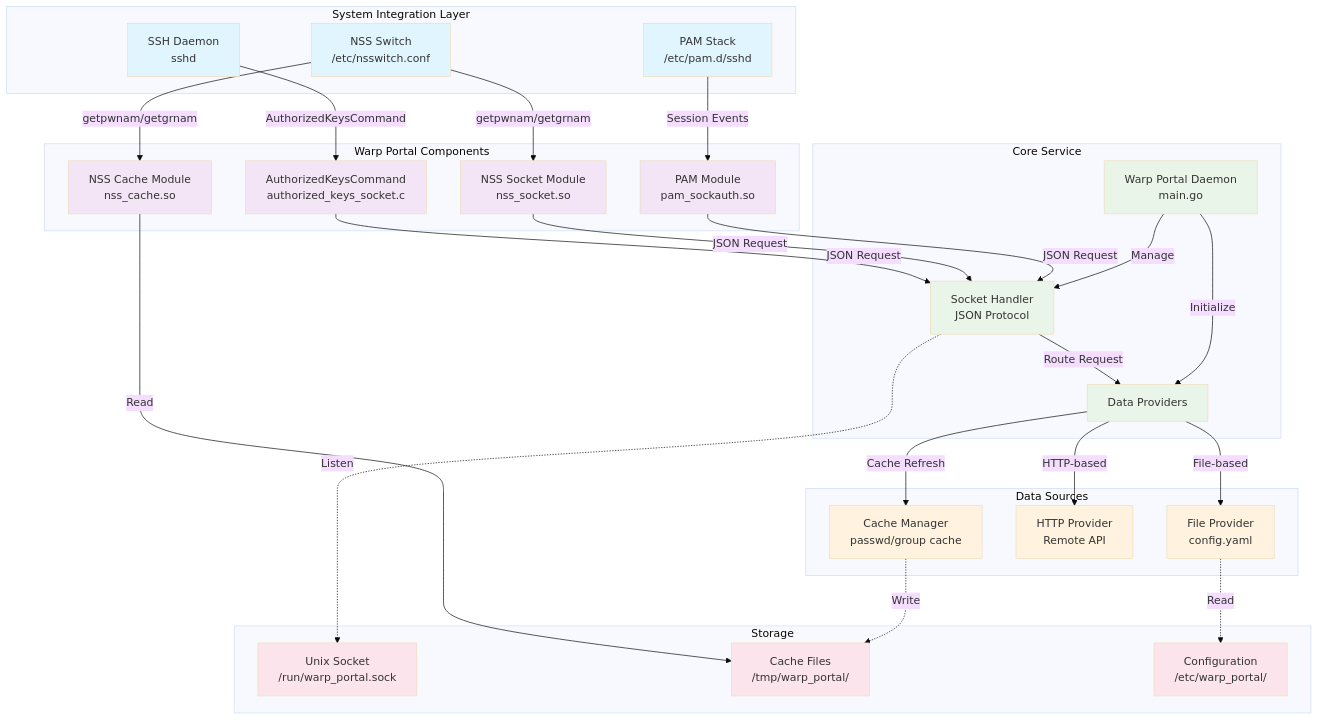
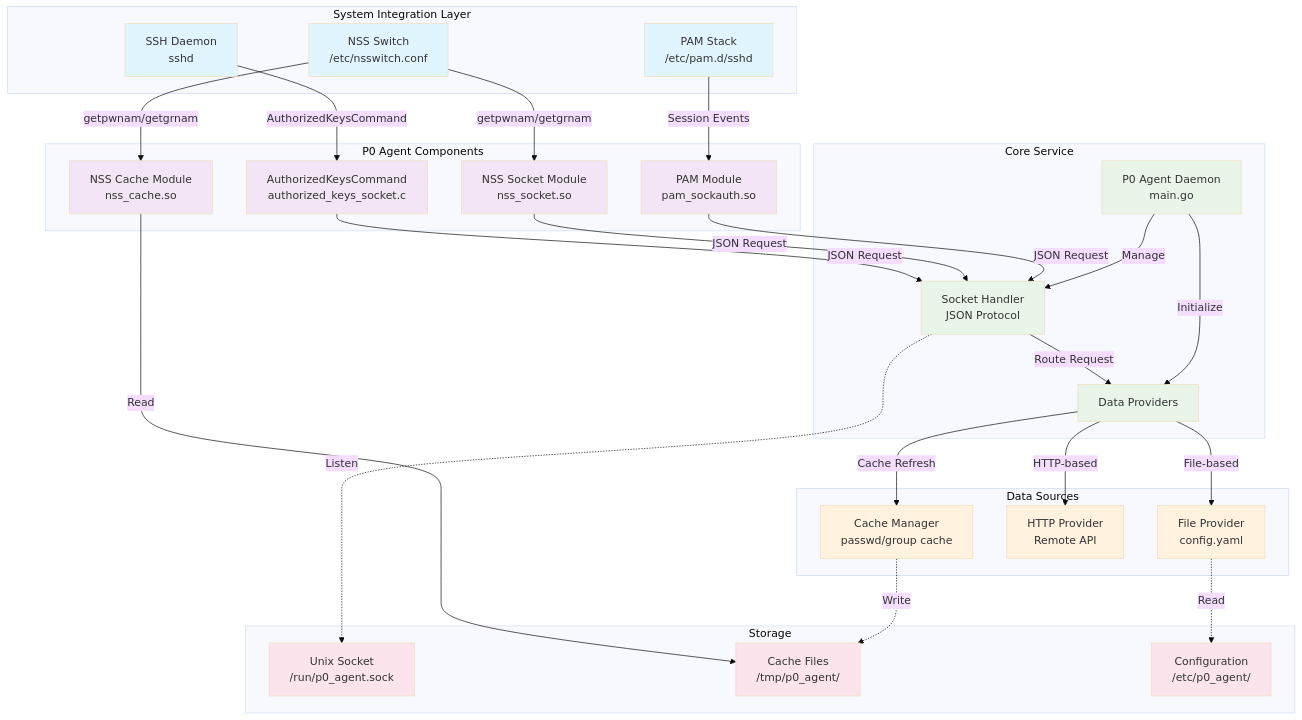
Before and after one commit to GGonryun/warp-portal: the second of 2 diagrams in README.md, drawn with Mermaid (base theme). The commit also changed other lines of this file and 36 other files, not shown here.

````diff
--- a/README.md
+++ b/README.md
@@ -160,75 +160,75 @@
 ```mermaid
 graph TB
     subgraph "System Integration Layer"
         SSH[SSH Daemon<br/>sshd]
         NSS_SW[NSS Switch<br/>/etc/nsswitch.conf]
         PAM_STACK[PAM Stack<br/>/etc/pam.d/sshd]
     end
 
-    subgraph "Warp Portal Components"
+    subgraph "P0 Agent Components"
         AUTH_CMD[AuthorizedKeysCommand<br/>authorized_keys_socket.c]
         NSS_SOCKET[NSS Socket Module<br/>nss_socket.so]
         NSS_CACHE[NSS Cache Module<br/>nss_cache.so]
         PAM_MOD[PAM Module<br/>pam_sockauth.so]
     end
 
     subgraph "Core Service"
-        DAEMON[Warp Portal Daemon<br/>main.go]
+        DAEMON[P0 Agent Daemon<br/>main.go]
         SOCKET_HANDLER[Socket Handler<br/>JSON Protocol]
         PROVIDERS[Data Providers]
     end
 
     subgraph "Data Sources"
         FILE_PROVIDER[File Provider<br/>config.yaml]
         HTTP_PROVIDER[HTTP Provider<br/>Remote API]
         CACHE_MGR[Cache Manager<br/>passwd/group cache]
     end
 
     subgraph "Storage"
-        UNIX_SOCKET[Unix Socket<br/>/run/warp_portal.sock]
-        CACHE_FILES[Cache Files<br/>/tmp/warp_portal/]
-        CONFIG[Configuration<br/>/etc/warp_portal/]
+        UNIX_SOCKET[Unix Socket<br/>/run/p0_agent.sock]
+        CACHE_FILES[Cache Files<br/>/tmp/p0_agent/]
+        CONFIG[Configuration<br/>/etc/p0_agent/]
     end
 
     %% SSH Flow
     SSH -->|AuthorizedKeysCommand| AUTH_CMD
     AUTH_CMD -->|JSON Request| SOCKET_HANDLER
 
     %% NSS Flow
     NSS_SW -->|getpwnam/getgrnam| NSS_SOCKET
     NSS_SW -->|getpwnam/getgrnam| NSS_CACHE
     NSS_SOCKET -->|JSON Request| SOCKET_HANDLER
     NSS_CACHE -->|Read| CACHE_FILES
 
     %% PAM Flow
     PAM_STACK -->|Session Events| PAM_MOD
     PAM_MOD -->|JSON Request| SOCKET_HANDLER
 
     %% Core Service
     SOCKET_HANDLER -->|Route Request| PROVIDERS
     DAEMON -->|Manage| SOCKET_HANDLER
     DAEMON -->|Initialize| PROVIDERS
 
     %% Data Providers
     PROVIDERS -->|File-based| FILE_PROVIDER
     PROVIDERS -->|HTTP-based| HTTP_PROVIDER
     PROVIDERS -->|Cache Refresh| CACHE_MGR
 
     %% Storage
     SOCKET_HANDLER -.->|Listen| UNIX_SOCKET
     FILE_PROVIDER -.->|Read| CONFIG
     CACHE_MGR -.->|Write| CACHE_FILES
 
     %% Styling
     classDef integration fill:#e1f5fe
     classDef component fill:#f3e5f5
     classDef service fill:#e8f5e8
     classDef data fill:#fff3e0
     classDef storage fill:#fce4ec
 
     class SSH,NSS_SW,PAM_STACK integration
     class AUTH_CMD,NSS_SOCKET,NSS_CACHE,PAM_MOD component
     class DAEMON,SOCKET_HANDLER,PROVIDERS service
     class FILE_PROVIDER,HTTP_PROVIDER,CACHE_MGR data
     class UNIX_SOCKET,CACHE_FILES,CONFIG storage
 ```
````
